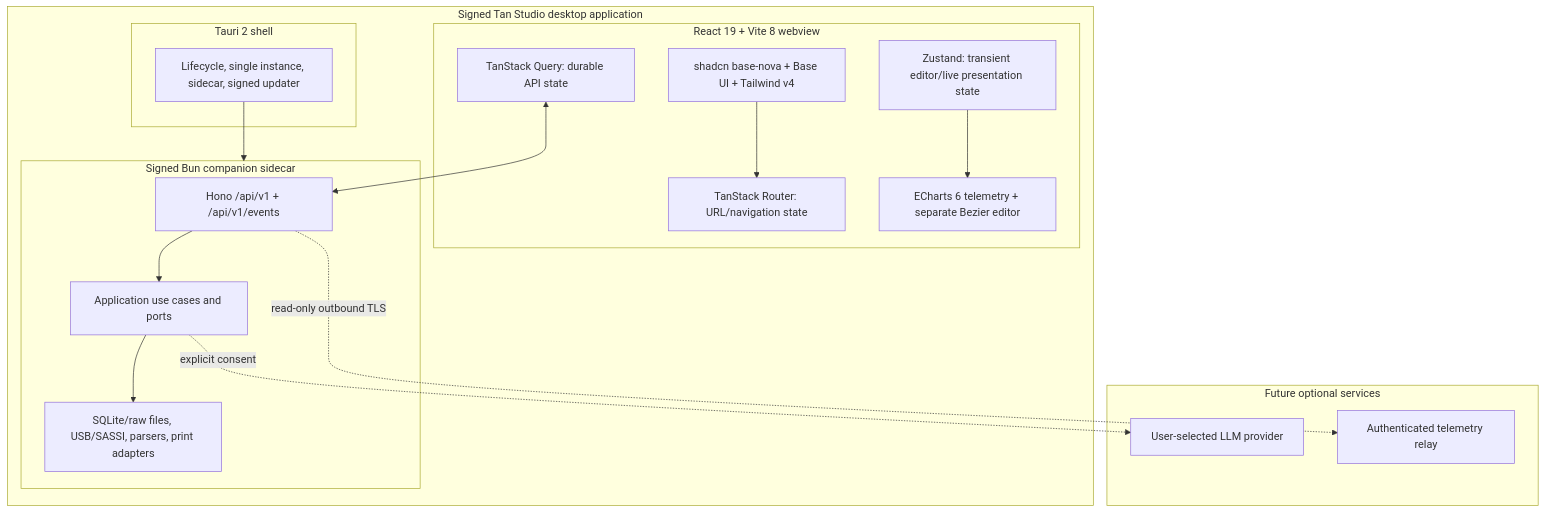
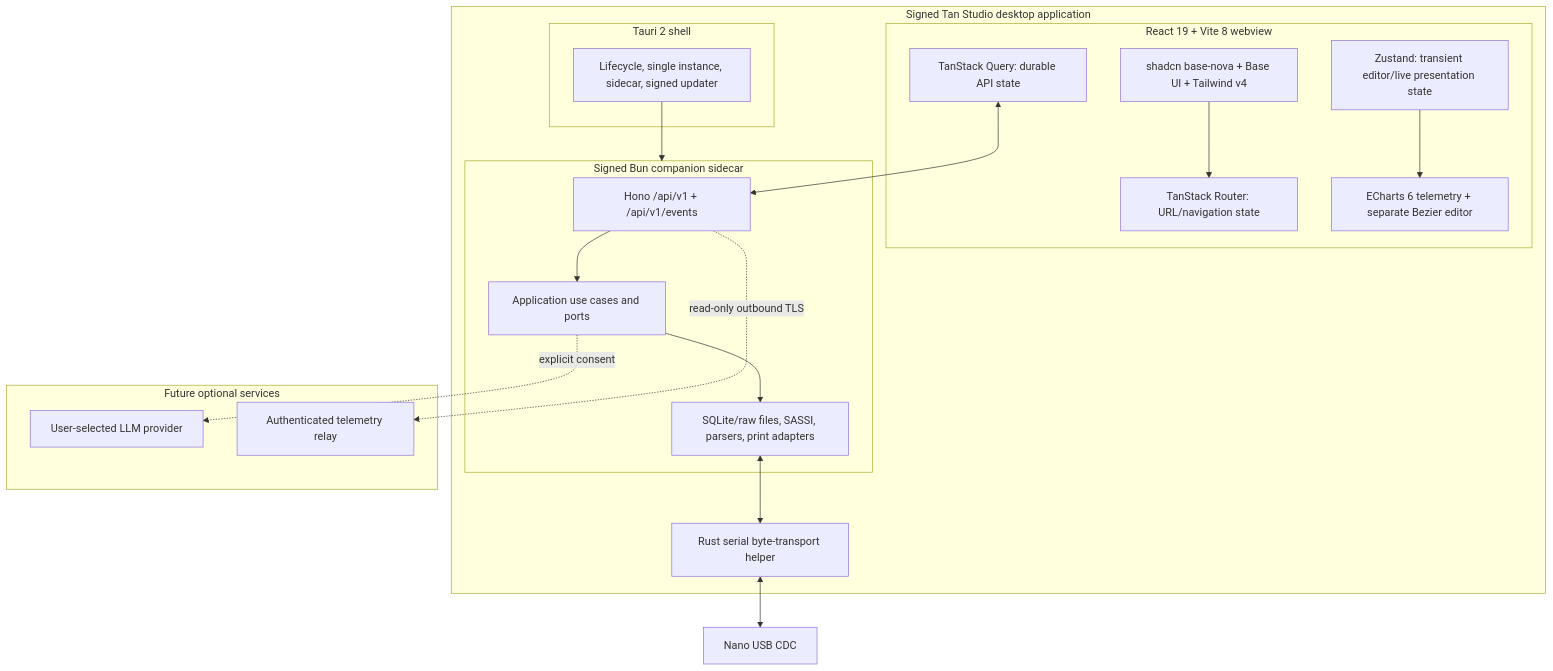
The first of 2 diagrams in docs/03-product-requirements-document.md (xavierroma/tan-studio), drawn with Mermaid before and after one commit. The commit also changed other lines of this file and 33 other files, not shown here.

Commit message:
feat: connect Nano over read-only SASSI

````diff
--- a/docs/03-product-requirements-document.md
+++ b/docs/03-product-requirements-document.md
@@ -539,33 +539,36 @@
 ```mermaid
 flowchart TB
     subgraph Bundle["Signed Tan Studio desktop application"]
       subgraph Shell["Tauri 2 shell"]
         LIFE["Lifecycle, single instance, sidecar, signed updater"]
       end
       subgraph Web["React 19 + Vite 8 webview"]
         ROUTER["TanStack Router: URL/navigation state"]
         RQ["TanStack Query: durable API state"]
         ZS["Zustand: transient editor/live presentation state"]
         UI["shadcn base-nova + Base UI + Tailwind v4"]
         CH["ECharts 6 telemetry + separate Bezier editor"]
       end
       subgraph Local["Signed Bun companion sidecar"]
         HTTP["Hono /api/v1 + /api/v1/events"]
         APP["Application use cases and ports"]
-        ADAPTERS["SQLite/raw files, USB/SASSI, parsers, print adapters"]
+        ADAPTERS["SQLite/raw files, SASSI, parsers, print adapters"]
       end
+      SERIAL["Rust serial byte-transport helper"]
     end
 
     subgraph Optional["Future optional services"]
       AI["User-selected LLM provider"]
       RELAY["Authenticated telemetry relay"]
     end
 
     LIFE --> Local
     UI --> ROUTER
     RQ <--> HTTP
     ZS --> CH
     HTTP --> APP --> ADAPTERS
+    ADAPTERS <--> SERIAL
+    SERIAL <--> NANO["Nano USB CDC"]
     APP -. explicit consent .-> AI
     HTTP -. read-only outbound TLS .-> RELAY
 ```
````
